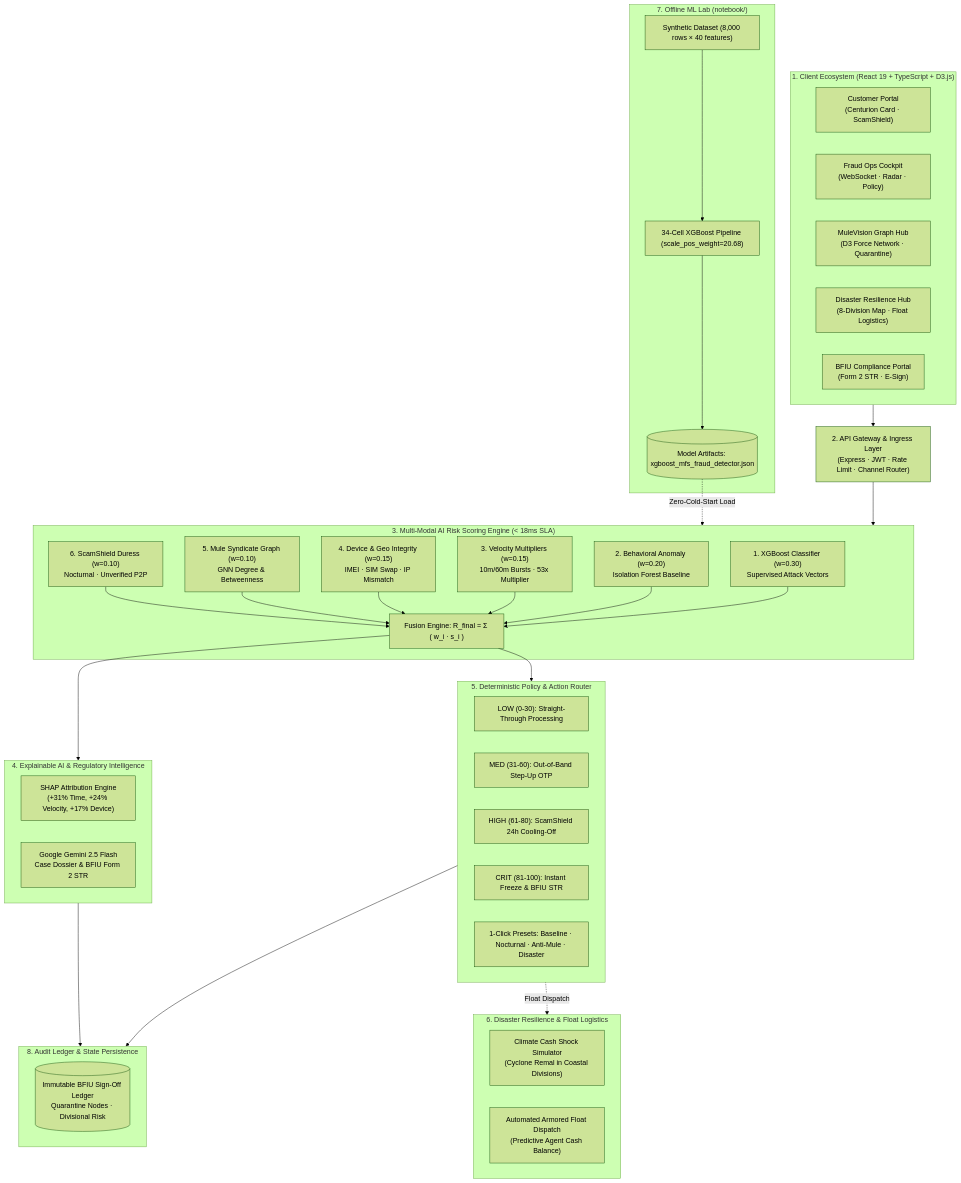
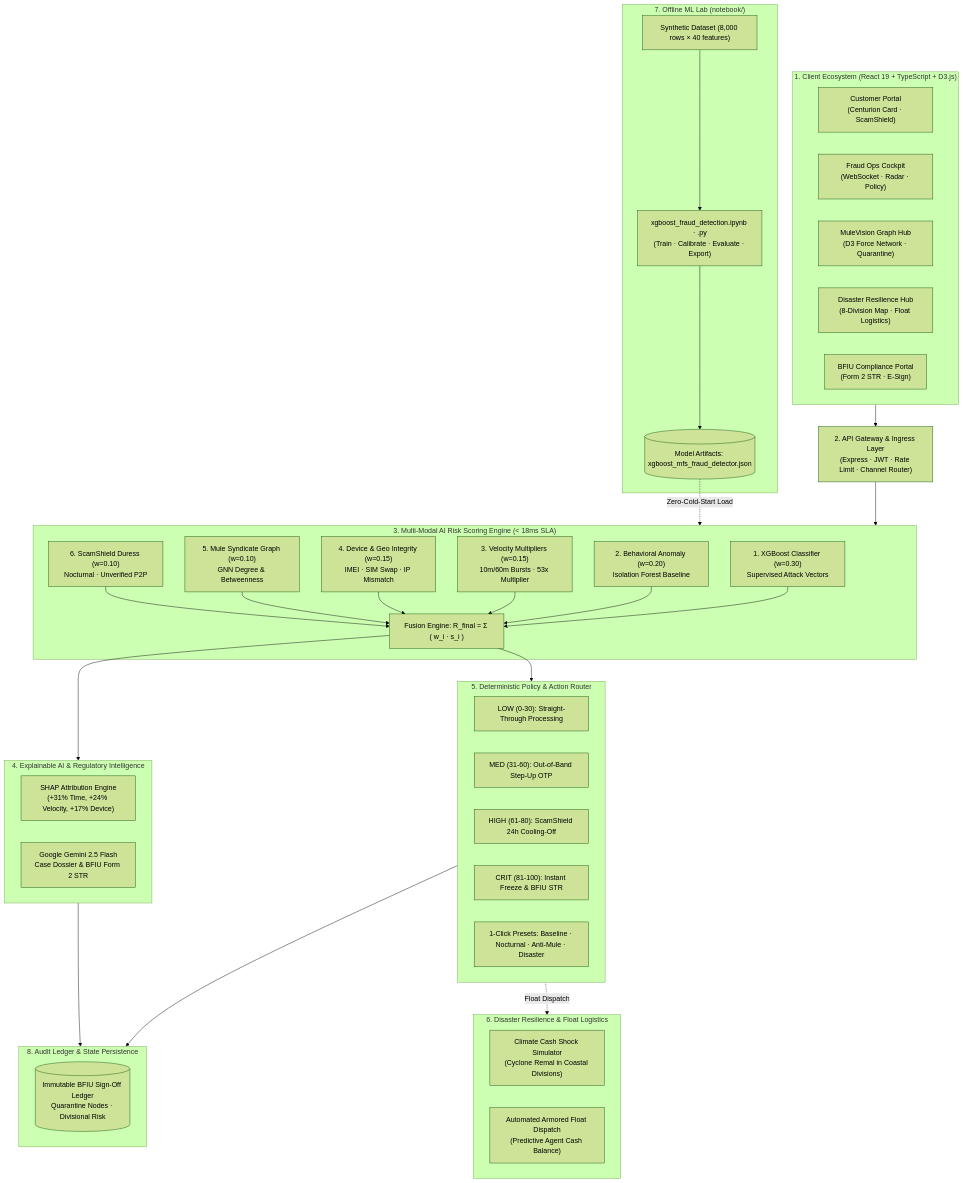
Before and after one commit to Tanvir4n/TakaSafe: the first of 3 diagrams in README.md, drawn with Mermaid (forest theme). The commit also changed other lines of this file and 1 other file, not shown here.

First line of the commit message:
docs: update ML lab documentation and architecture

````diff
--- a/README.md
+++ b/README.md
@@ -85,62 +86,62 @@
 ```mermaid
 graph TD
     subgraph Clients["1. Client Ecosystem (React 19 + TypeScript + D3.js)"]
         UI_Cust["Customer Portal\n(Centurion Card · ScamShield)"]
         UI_Ops["Fraud Ops Cockpit\n(WebSocket · Radar · Policy)"]
         UI_Mule["MuleVision Graph Hub\n(D3 Force Network · Quarantine)"]
         UI_Disaster["Disaster Resilience Hub\n(8-Division Map · Float Logistics)"]
         UI_Comp["BFIU Compliance Portal\n(Form 2 STR · E-Sign)"]
     end
 
     Gateway["2. API Gateway & Ingress Layer\n(Express · JWT · Rate Limit · Channel Router)"]
 
     subgraph ScoringEngine["3. Multi-Modal AI Risk Scoring Engine (< 18ms SLA)"]
         XGB["1. XGBoost Classifier (w=0.30)\nSupervised Attack Vectors"]
         Iso["2. Behavioral Anomaly (w=0.20)\nIsolation Forest Baseline"]
         Vel["3. Velocity Multipliers (w=0.15)\n10m/60m Bursts · 53x Multiplier"]
         Dev["4. Device & Geo Integrity (w=0.15)\nIMEI · SIM Swap · IP Mismatch"]
         Mule["5. Mule Syndicate Graph (w=0.10)\nGNN Degree & Betweenness"]
         Scam["6. ScamShield Duress (w=0.10)\nNocturnal · Unverified P2P"]
         Formula["Fusion Engine: R_final = Σ ( w_i · s_i )"]
     end
 
     subgraph ExplainableAI["4. Explainable AI & Regulatory Intelligence"]
         SHAP["SHAP Attribution Engine\n(+31% Time, +24% Velocity, +17% Device)"]
         Gemini["Google Gemini 2.5 Flash\nCase Dossier & BFIU Form 2 STR"]
     end
 
     subgraph ActionEngine["5. Deterministic Policy & Action Router"]
         T1["LOW (0-30): Straight-Through Processing"]
         T2["MED (31-60): Out-of-Band Step-Up OTP"]
         T3["HIGH (61-80): ScamShield 24h Cooling-Off"]
         T4["CRIT (81-100): Instant Freeze & BFIU STR"]
         Presets["1-Click Presets: Baseline · Nocturnal · Anti-Mule · Disaster"]
     end
 
     subgraph DisasterEngine["6. Disaster Resilience & Float Logistics"]
         Cyclone["Climate Cash Shock Simulator\n(Cyclone Remal in Coastal Divisions)"]
         Armored["Automated Armored Float Dispatch\n(Predictive Agent Cash Balance)"]
     end
 
     subgraph OfflineMLLab["7. Offline ML Lab (notebook/)"]
         Dataset["Synthetic Dataset (8,000 rows × 40 features)"]
-        Notebook["34-Cell XGBoost Pipeline (scale_pos_weight=20.68)"]
+        Notebook["xgboost_fraud_detection.ipynb · .py\n(Train · Calibrate · Evaluate · Export)"]
         Artifacts[("Model Artifacts: xgboost_mfs_fraud_detector.json")]
     end
 
     subgraph Persistence["8. Audit Ledger & State Persistence"]
         AuditDB[("Immutable BFIU Sign-Off Ledger\nQuarantine Nodes · Divisional Risk")]
     end
 
     Clients --> Gateway
     Gateway --> ScoringEngine
     XGB & Iso & Vel & Dev & Mule & Scam --> Formula
     Formula --> ExplainableAI
     Formula --> ActionEngine
     ActionEngine -. "Float Dispatch" .-> DisasterEngine
     ActionEngine --> Persistence
     ExplainableAI --> Persistence
     Dataset --> Notebook
     Notebook --> Artifacts
     Artifacts -. "Zero-Cold-Start Load" .-> ScoringEngine
 ```
````
